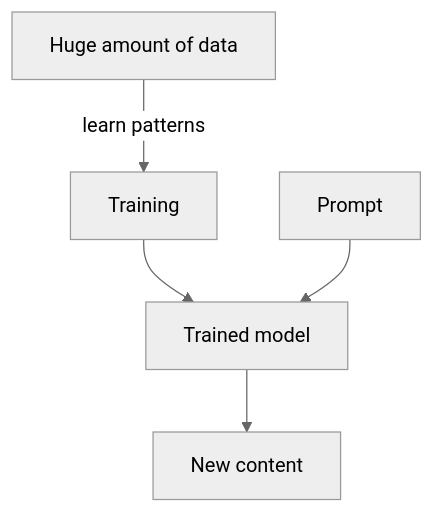
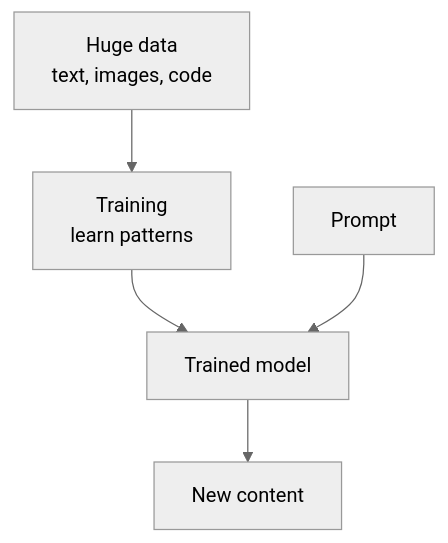
One commit to kaisarnajar/outcome-school-blogs changed the first of 3 diagrams in notes/step-03-generative-ai-and-the-transformer-architecture/044-what-is-generative-ai.md. Above: the diagram before and after it, drawn with Mermaid (neutral theme). The commit also changed other lines of this file and 233 other files, not shown here.

````diff
--- a/notes/step-03-generative-ai-and-the-transformer-architecture/044-what-is-generative-ai.md
+++ b/notes/step-03-generative-ai-and-the-transformer-architecture/044-what-is-generative-ai.md
@@ -41,7 +65,7 @@
 ```mermaid
 flowchart TD
-    A["Huge amount of data"] -->|"learn patterns"| B["Training"]
-    B --> C["Trained model"]
-    D["Prompt"] --> C
-    C --> E["New content"]
+    D["Huge data<br/>text, images, code"] --> T["Training<br/>learn patterns"]
+    T --> M["Trained model"]
+    P["Prompt"] --> M
+    M --> N["New content"]
 ```
````
